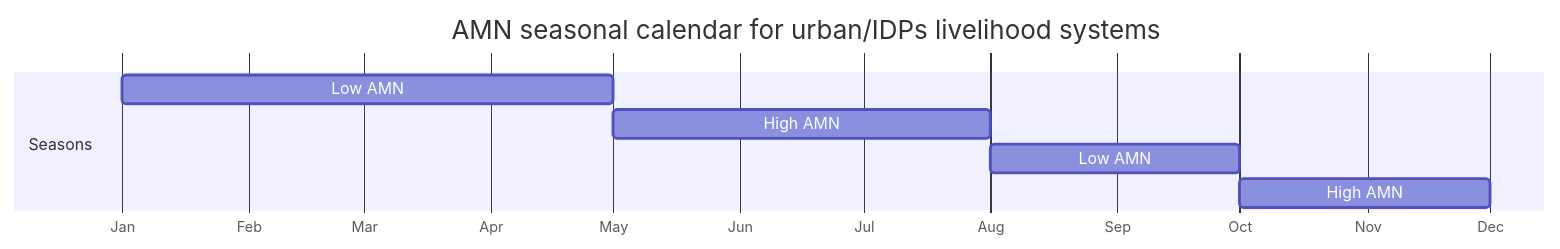
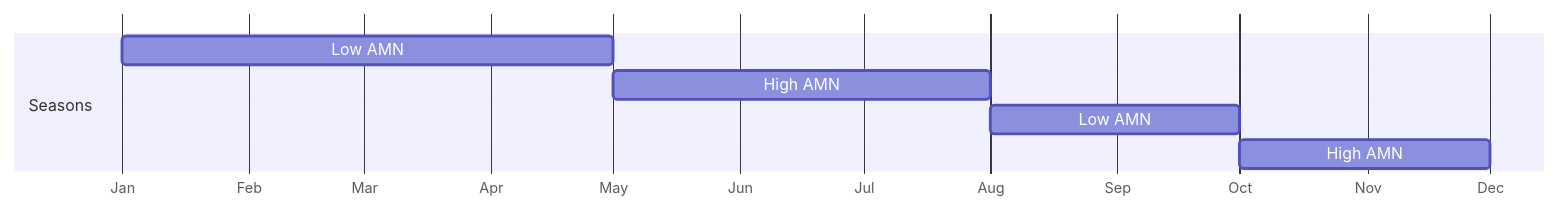
Before and after one commit to nutimes/som-sam-admit: the sixth of 10 diagrams in report.qmd, drawn with Mermaid. The commit also changed other lines of this file and 1 other file, not shown here.

````diff
--- a/report.qmd
+++ b/report.qmd
@@ -591,13 +603,13 @@
 ```{mermaid}
 %%| label: fig-amn-seasonal-calendar-urbanipds
+%%| fig-cap: AMN seasonal calendar for urban/IDPs livelihood systems
 gantt
-    title  AMN seasonal calendar for urban/IDPs livelihood systems
     dateFormat M
     axisFormat %b
     todayMarker off
     section Seasons
     Low AMN :1, 5
     High AMN :5, 8
     Low AMN :8, 10
     High AMN :10, 12
 ```
````
